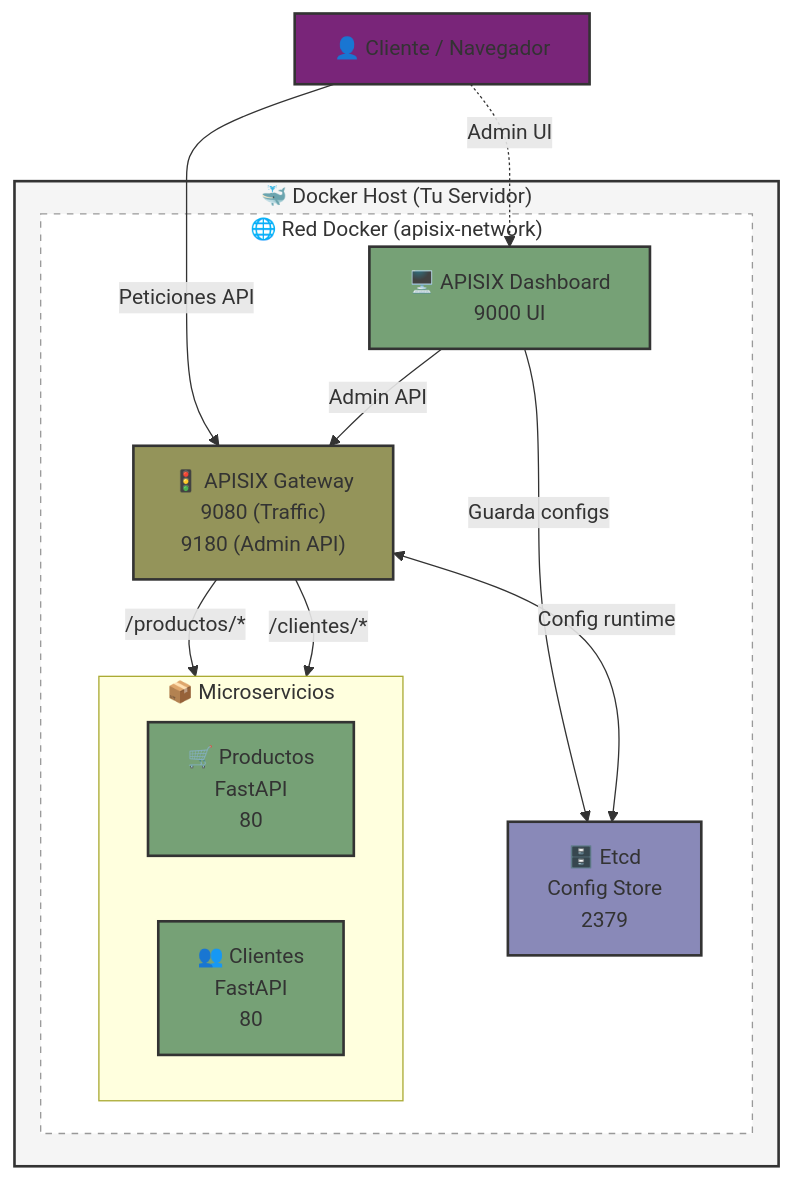
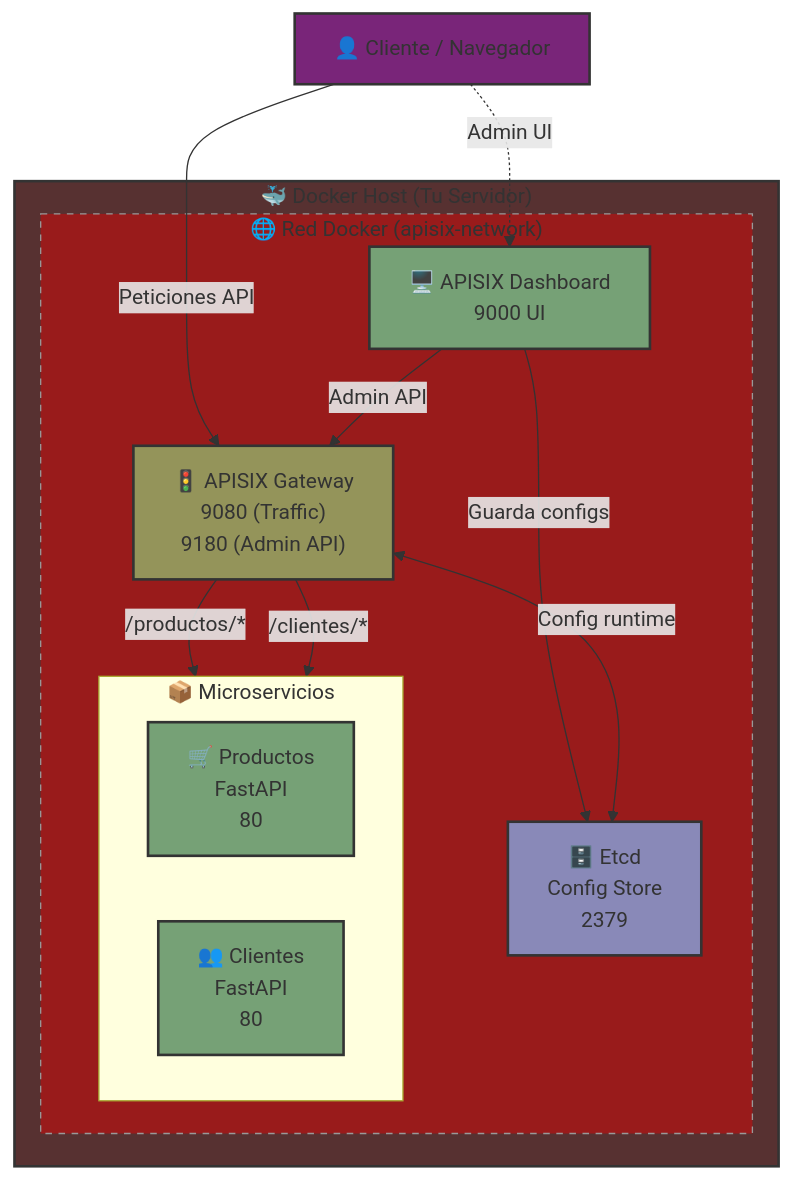
One commit to Angel-Proo/fastapi_apisix_docker changed the diagram in README.md. Above: the diagram before and after it, drawn with Mermaid.

Commit message:
actualizacion de color

````diff
--- a/README.md
+++ b/README.md
@@ -15,38 +15,38 @@
 ```mermaid
 graph TD
     classDef client fill:#792579,stroke:#333,stroke-width:2px;
     classDef gateway fill:#94945A,stroke:#333,stroke-width:2px;
     classDef db fill:#8989B8,stroke:#333,stroke-width:2px;
     classDef service fill:#76A176,stroke:#333,stroke-width:2px;
 
     Client[👤 Cliente / Navegador]:::client
     
     subgraph Docker_Host ["🐳 Docker Host (Tu Servidor)"]
-        style Docker_Host fill:#f5f5f5,stroke:#333,stroke-width:2px
+        style Docker_Host fill:#573131,stroke:#333,stroke-width:2px
         
         subgraph Docker_Network ["🌐 Red Docker (apisix-network)"]
-            style Docker_Network fill:#fff,stroke:#999,stroke-dasharray: 5 5
+            style Docker_Network fill:#991B1B,stroke:#999,stroke-dasharray: 5 5
 
             Gateway["🚦 APISIX Gateway<br>9080 (Traffic)<br>9180 (Admin API)"]:::gateway
             Dashboard["🖥️ APISIX Dashboard<br>9000 UI"]:::service
             Etcd["🗄️ Etcd<br>Config Store<br>2379"]:::db
             
             subgraph Microservices ["📦 Microservicios"]
                 direction LR
                 Productos["🛒 Productos<br>FastAPI<br>80"]:::service
                 Clientes["👥 Clientes<br>FastAPI<br>80"]:::service
             end
         end
     end
 
     Client --> |Peticiones API| Gateway
     Client -.-> |Admin UI| Dashboard
 
     Dashboard --> |Guarda configs| Etcd
     Dashboard --> |Admin API| Gateway
 
     Gateway --> |/productos/*| Productos
     Gateway --> |/clientes/*| Clientes
 
     Gateway <--> |Config runtime| Etcd
 ```
````
